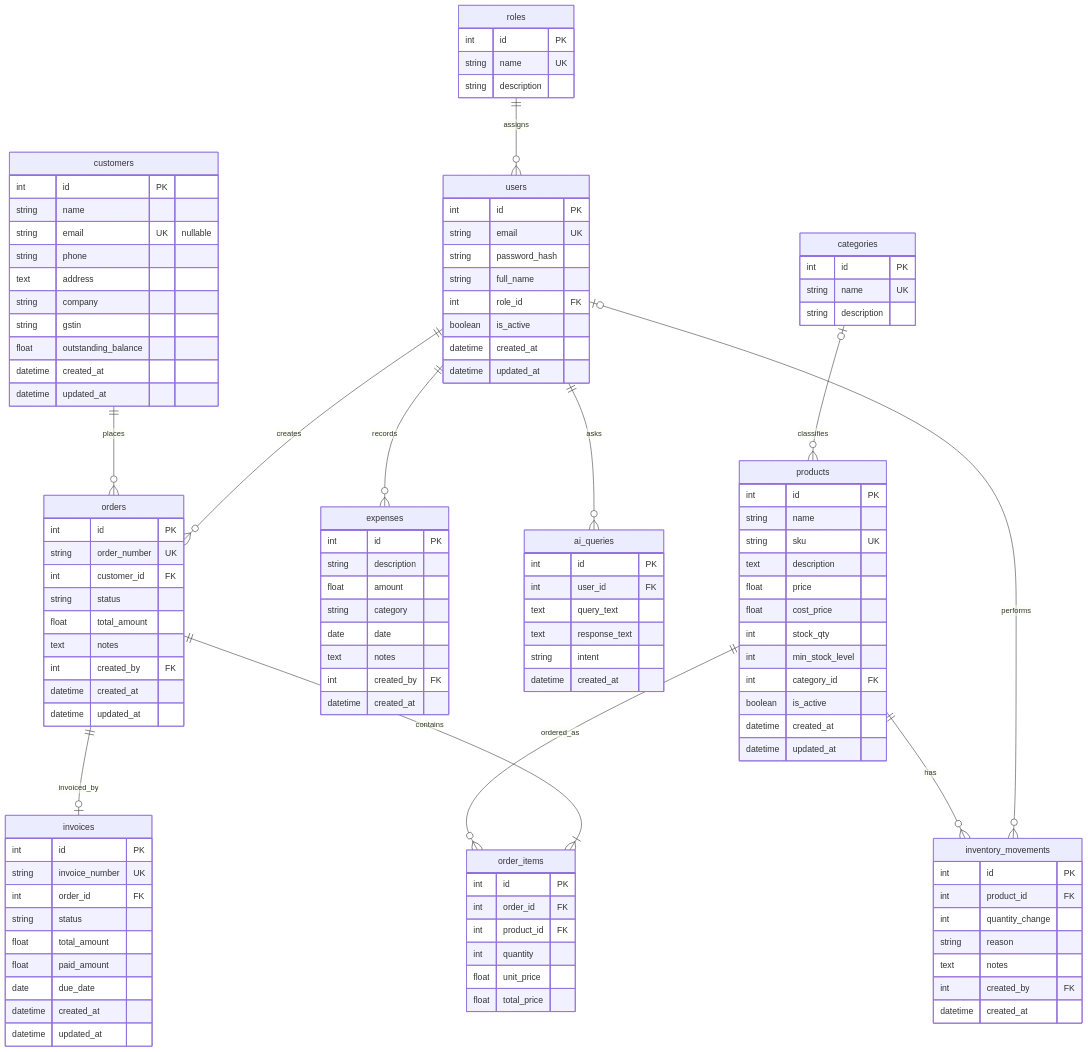
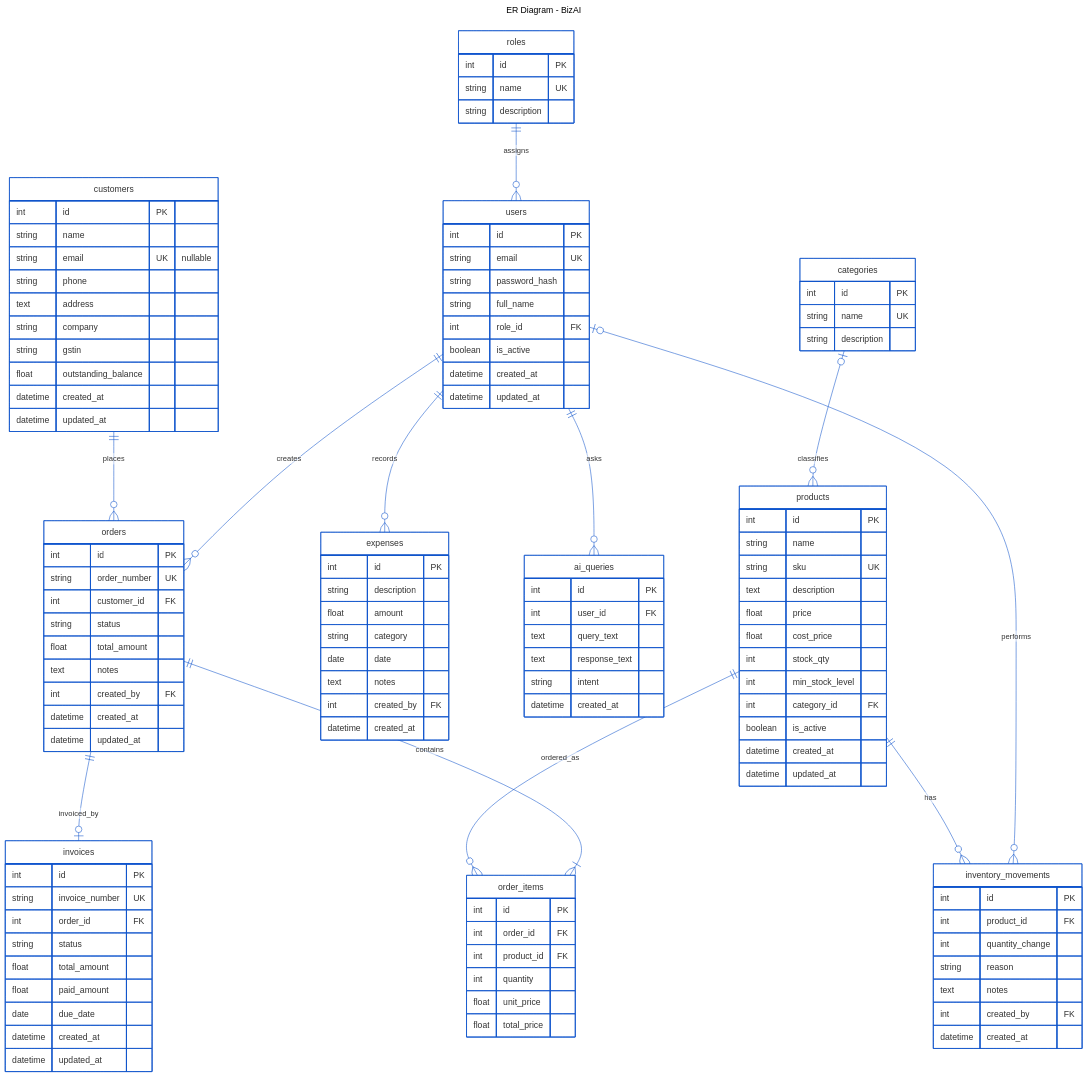
Before and after one commit to hyperS777/BizAI: the diagram in docs/design-diagrams/10-er-diagram.mmd, drawn with Mermaid. The commit also changed 22 other files, not shown here.

First line of the commit message:
docs: correct all 12 Mermaid diagram sources to match implementation

```diff
--- a/docs/design-diagrams/10-er-diagram.mmd
+++ b/docs/design-diagrams/10-er-diagram.mmd
@@ -1,116 +1,120 @@
+---
+title: ER Diagram - BizAI
+---
 %% Physical ERD: attributes are source-derived; FK cardinalities use crow's-foot notation.
+%%{init: {'theme': 'base', 'themeVariables': {'primaryColor': '#ffffff', 'primaryBorderColor': '#1155cc', 'lineColor': '#1155cc', 'textColor': '#000000', 'fontFamily': 'sans-serif'}}}%%
 erDiagram
     roles ||--o{ users : assigns
     users ||--o{ orders : creates
     users ||--o{ expenses : records
     users ||--o{ ai_queries : asks
     users o|--o{ inventory_movements : performs
     customers ||--o{ orders : places
     categories o|--o{ products : classifies
     orders ||--|{ order_items : contains
     products ||--o{ order_items : ordered_as
     orders ||--o| invoices : invoiced_by
     products ||--o{ inventory_movements : has
     roles {
       int id PK
       string name UK
       string description
     }
     users {
       int id PK
       string email UK
       string password_hash
       string full_name
       int role_id FK
       boolean is_active
       datetime created_at
       datetime updated_at
     }
     customers {
       int id PK
       string name
       string email UK "nullable"
       string phone
       text address
       string company
       string gstin
       float outstanding_balance
       datetime created_at
       datetime updated_at
     }
     categories {
       int id PK
       string name UK
       string description
     }
     products {
       int id PK
       string name
       string sku UK
       text description
       float price
       float cost_price
       int stock_qty
       int min_stock_level
       int category_id FK
       boolean is_active
       datetime created_at
       datetime updated_at
     }
     orders {
       int id PK
       string order_number UK
       int customer_id FK
       string status
       float total_amount
       text notes
       int created_by FK
       datetime created_at
       datetime updated_at
     }
     order_items {
       int id PK
       int order_id FK
       int product_id FK
       int quantity
       float unit_price
       float total_price
     }
     invoices {
       int id PK
       string invoice_number UK
       int order_id FK
       string status
       float total_amount
       float paid_amount
       date due_date
       datetime created_at
       datetime updated_at
     }
     expenses {
       int id PK
       string description
       float amount
       string category
       date date
       text notes
       int created_by FK
       datetime created_at
     }
     inventory_movements {
       int id PK
       int product_id FK
       int quantity_change
       string reason
       text notes
       int created_by FK
       datetime created_at
     }
     ai_queries {
       int id PK
       int user_id FK
       text query_text
       text response_text
       string intent
       datetime created_at
     }
```
